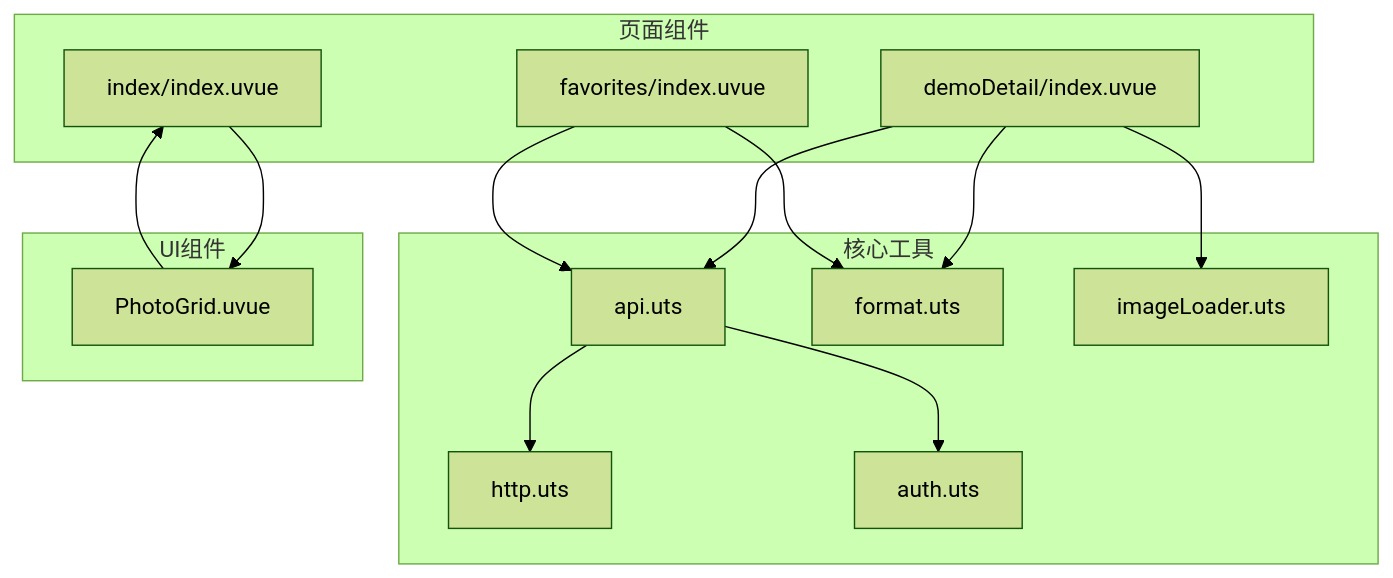
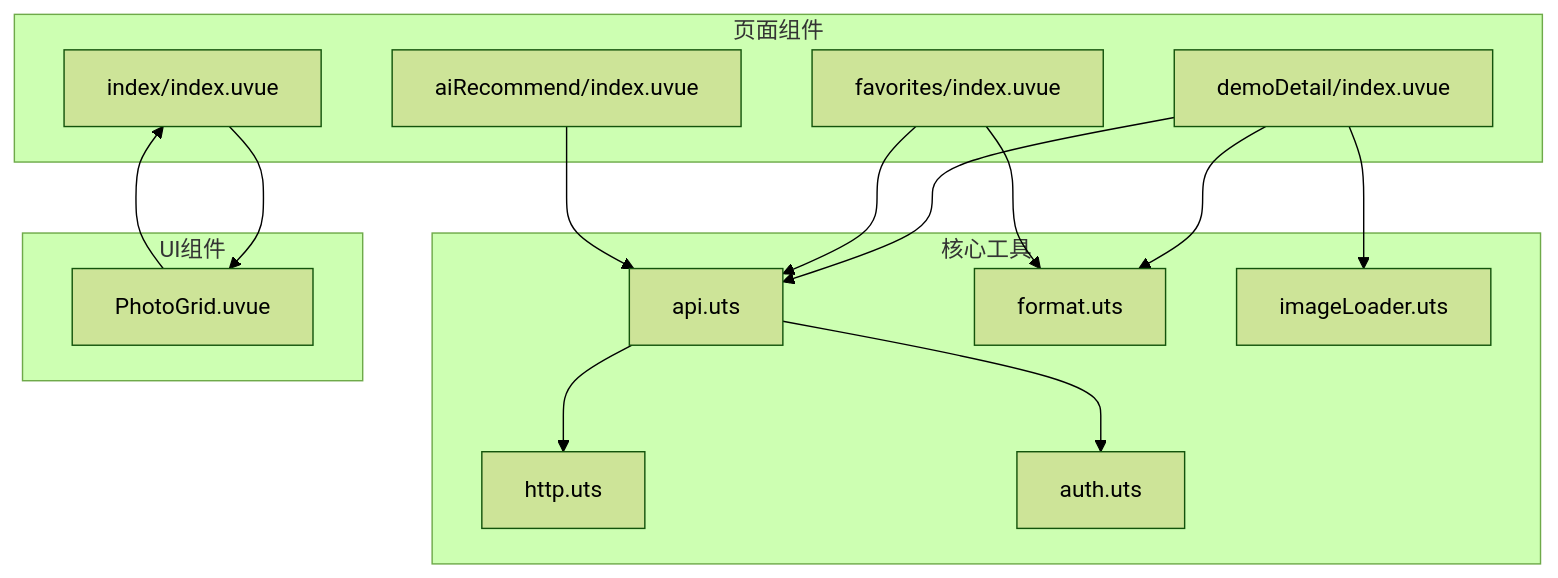
The tenth of 11 diagrams in .qoder/repowiki/zh/content/核心功能模块/客片管理系统/客片列表展示/客片列表展示.md (crazyma99/blueberry), drawn with Mermaid (forest theme) before and after one commit. The commit also changed other lines of this file and 79 other files, not shown here.

````diff
--- a/.qoder/repowiki/zh/content/核心功能模块/客片管理系统/客片列表展示/客片列表展示.md
+++ b/.qoder/repowiki/zh/content/核心功能模块/客片管理系统/客片列表展示/客片列表展示.md
@@ -419,27 +481,29 @@
 ```mermaid
 graph TB
 subgraph "页面组件"
 DemoDetail[demoDetail/index.uvue]
 Favorites[favorites/index.uvue]
 Index[index/index.uvue]
+AiRecommend[aiRecommend/index.uvue]
 end
 subgraph "核心工具"
 API[api.uts]
 HTTP[http.uts]
 Auth[auth.uts]
 Format[format.uts]
 ImageLoader[imageLoader.uts]
 end
 subgraph "UI组件"
 PhotoGrid[PhotoGrid.uvue]
 end
 DemoDetail --> API
 Favorites --> API
 Index --> PhotoGrid
+AiRecommend --> API
 API --> HTTP
 API --> Auth
 DemoDetail --> Format
 DemoDetail --> ImageLoader
 Favorites --> Format
 PhotoGrid --> Index
 ```
````
